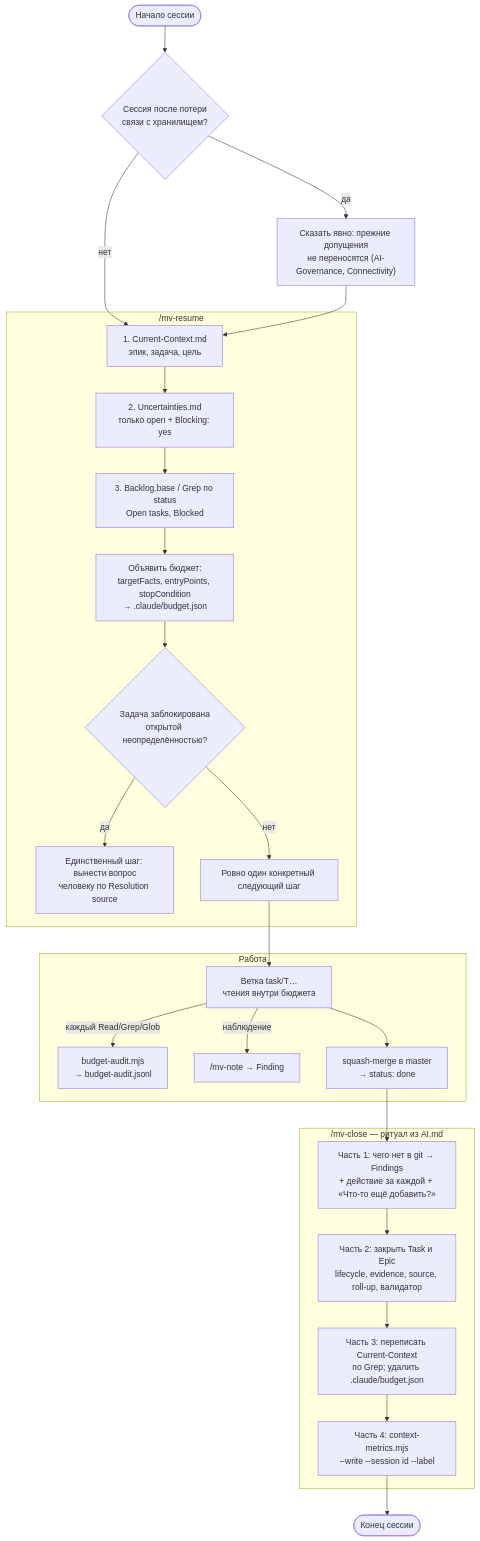
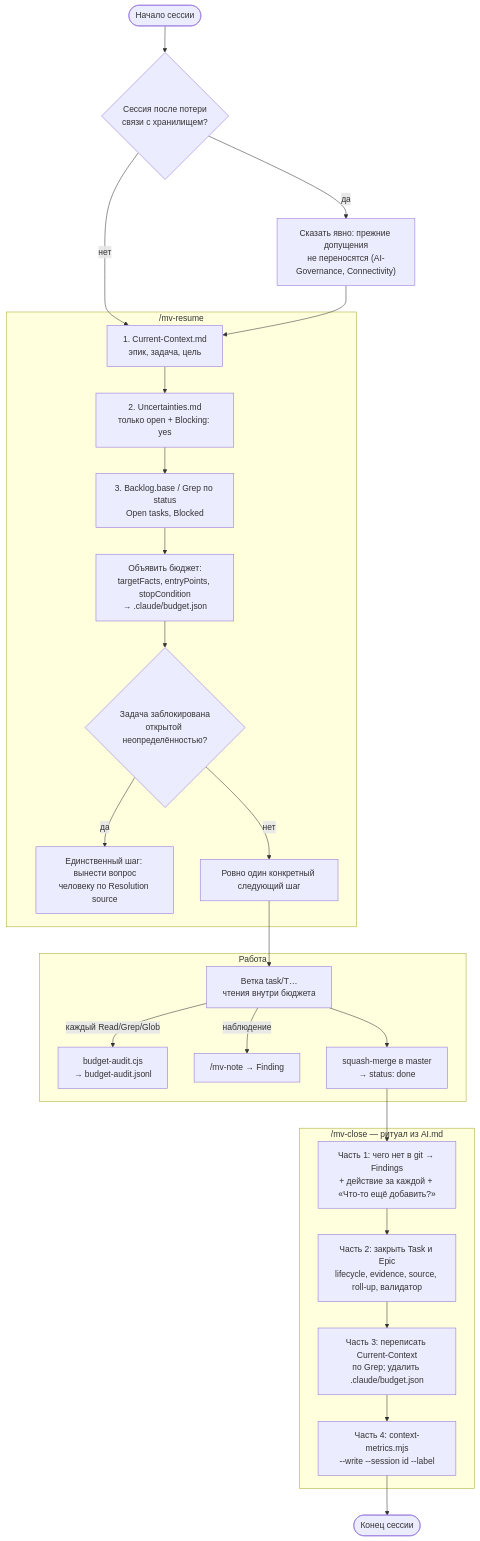
The diagram in Docs/05-Project-OS/05-4-Session-Lifecycle.md (GoodJaa/MemoValeOS), drawn with Mermaid before and after one commit. The commit also changed other lines of this file and 110 other files, not shown here.

````diff
--- a/Docs/05-Project-OS/05-4-Session-Lifecycle.md
+++ b/Docs/05-Project-OS/05-4-Session-Lifecycle.md
@@ -19,28 +19,28 @@
 ```mermaid
 flowchart TD
   S([Начало сессии]) --> CN{Сессия после потери<br/>связи с хранилищем?}
   CN -- да --> RO["Сказать явно: прежние допущения<br/>не переносятся (AI-Governance, Connectivity)"]
   CN -- нет --> R1
   RO --> R1
   subgraph RESUME["/mv-resume"]
     R1["1. Current-Context.md<br/>эпик, задача, цель"] --> R2["2. Uncertainties.md<br/>только open + Blocking: yes"]
     R2 --> R3["3. Backlog.base / Grep по status<br/>Open tasks, Blocked"]
     R3 --> B["Объявить бюджет:<br/>targetFacts, entryPoints, stopCondition<br/>→ .claude/budget.json"]
     B --> NX{"Задача заблокирована<br/>открытой неопределённостью?"}
     NX -- да --> HU["Единственный шаг: вынести вопрос<br/>человеку по Resolution source"]
     NX -- нет --> ONE["Ровно один конкретный следующий шаг"]
   end
   ONE --> W
   subgraph WORK["Работа"]
-    W["Ветка task/T…<br/>чтения внутри бюджета"] -->|"каждый Read/Grep/Glob"| HK["budget-audit.mjs<br/>→ budget-audit.jsonl"]
+    W["Ветка task/T…<br/>чтения внутри бюджета"] -->|"каждый Read/Grep/Glob"| HK["budget-audit.cjs<br/>→ budget-audit.jsonl"]
     W -->|"наблюдение"| NT["/mv-note → Finding"]
     W --> MG["squash-merge в master<br/>→ status: done"]
   end
   MG --> C1
   subgraph CLOSE["/mv-close — ритуал из AI.md"]
     C1["Часть 1: чего нет в git → Findings<br/>+ действие за каждой + «Что-то ещё добавить?»"] --> C2["Часть 2: закрыть Task и Epic<br/>lifecycle, evidence, source, roll-up, валидатор"]
     C2 --> C3["Часть 3: переписать Current-Context<br/>по Grep; удалить .claude/budget.json"]
     C3 --> C4["Часть 4: context-metrics.mjs<br/>--write --session id --label"]
   end
   C4 --> E([Конец сессии])
 ```
````
